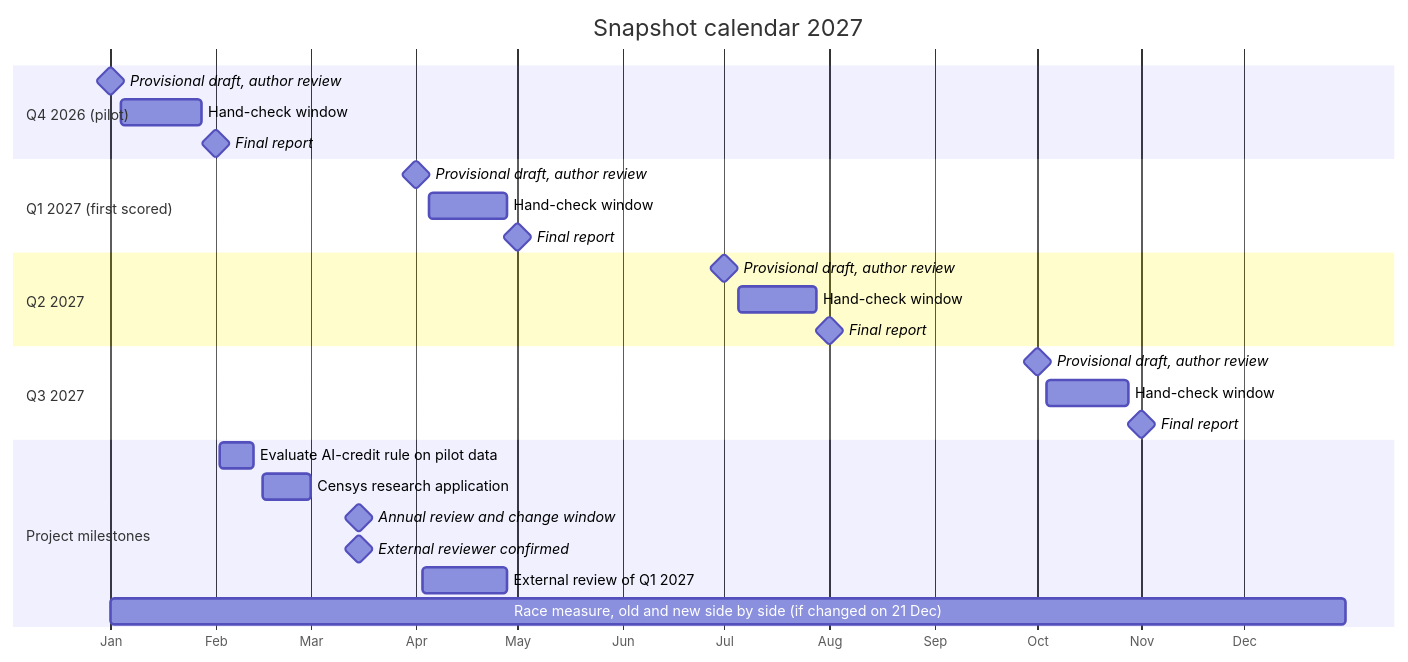
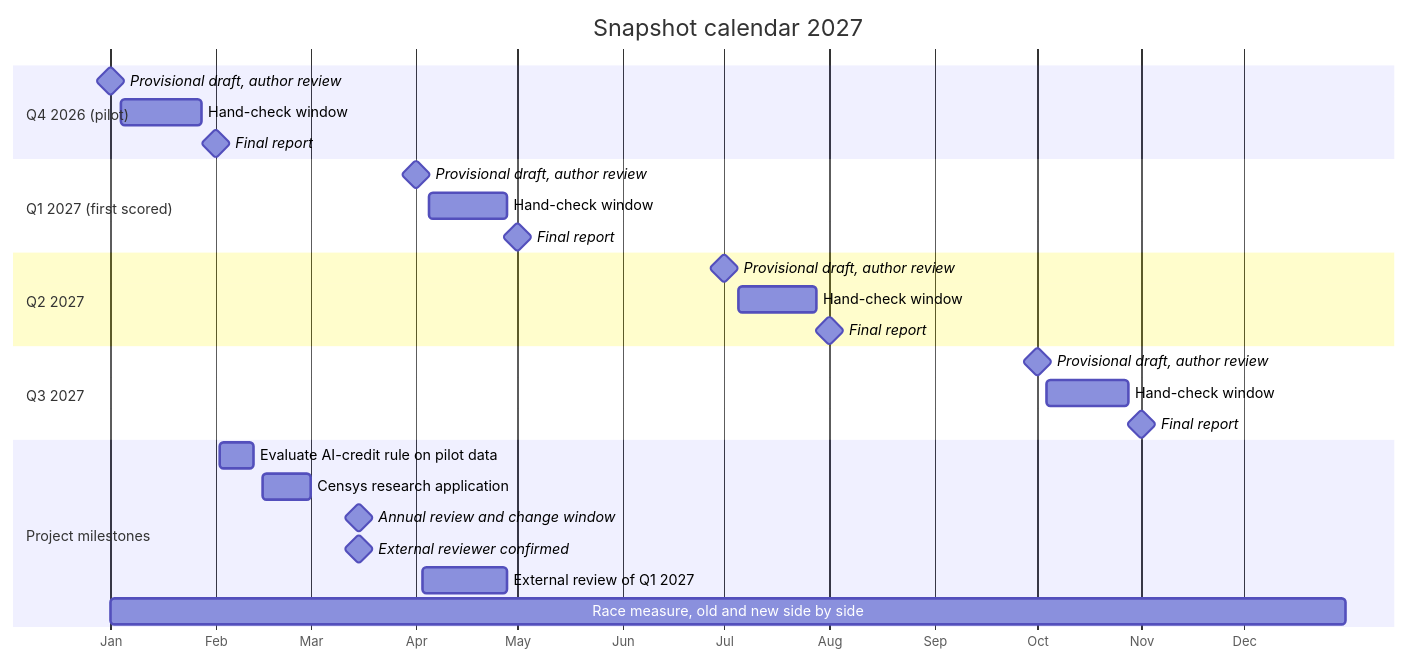
Before and after one commit to pagagne/internet-security-snapshot: the diagram in docs/diagrams/calendar_2027.mmd, drawn with Mermaid. The commit also changed 10 other files, not shown here.

First line of the commit message:
Race measure decided (author, 23 Oct): option (a) for days from fix to first attack, zero-day share stays exploratory (X10) until a year of data; deviation logged; decision items 0 and 7, T1 paper, Track B, decision tree, calendar and build plan updated

```diff
--- a/docs/diagrams/calendar_2027.mmd
+++ b/docs/diagrams/calendar_2027.mmd
@@ -1,28 +1,28 @@
 gantt
   title Snapshot calendar 2027
   dateFormat YYYY-MM-DD
   axisFormat %b
   tickInterval 1month
   section Q4 2026 (pilot)
     Provisional draft, author review :milestone, 2027-01-01, 0d
     Hand-check window            :2027-01-04, 2027-01-28
     Final report                :milestone, 2027-02-01, 0d
   section Q1 2027 (first scored)
     Provisional draft, author review :milestone, 2027-04-01, 0d
     Hand-check window            :2027-04-05, 2027-04-28
     Final report                :milestone, 2027-05-01, 0d
   section Q2 2027
     Provisional draft, author review :milestone, 2027-07-01, 0d
     Hand-check window            :2027-07-05, 2027-07-28
     Final report                :milestone, 2027-08-01, 0d
   section Q3 2027
     Provisional draft, author review :milestone, 2027-10-01, 0d
     Hand-check window            :2027-10-04, 2027-10-28
     Final report                :milestone, 2027-11-01, 0d
   section Project milestones
     Evaluate AI-credit rule on pilot data :2027-02-02, 2027-02-12
     Censys research application :2027-02-15, 14d
     Annual review and change window :milestone, 2027-03-15, 0d
     External reviewer confirmed :milestone, 2027-03-15, 0d
     External review of Q1 2027 :2027-04-03, 2027-04-28
-    Race measure, old and new side by side (if changed on 21 Dec) :2027-01-01, 2027-12-31
+    Race measure, old and new side by side :2027-01-01, 2027-12-31
```
